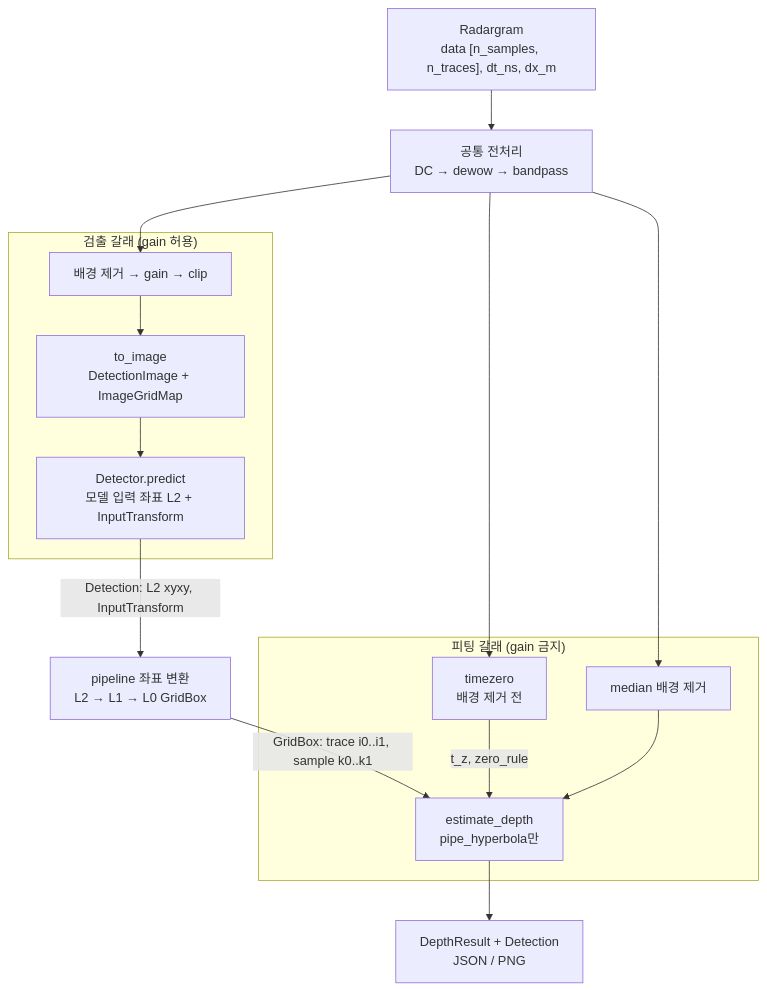
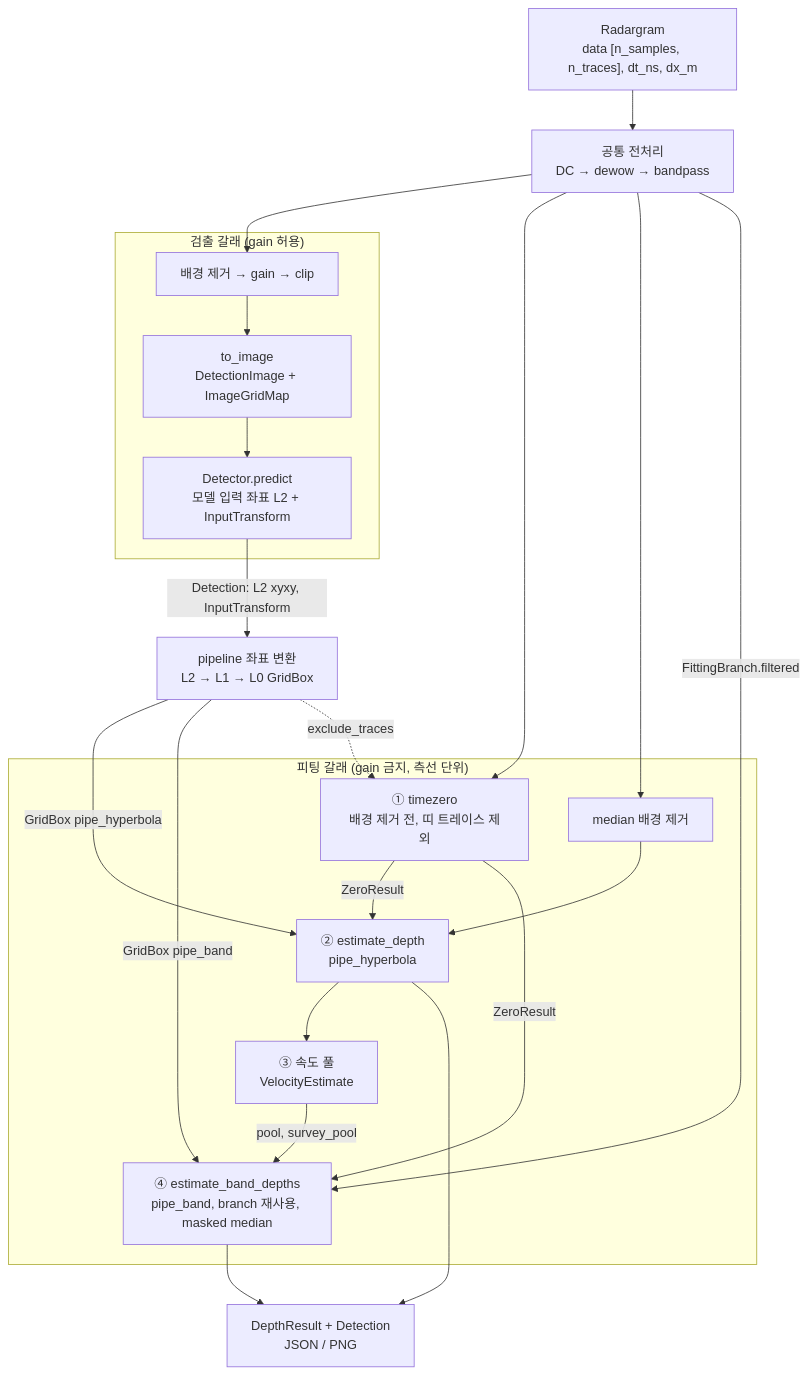
Before and after one commit to jinbeomjeong/gpr_detection: the second of 2 diagrams in docs/architecture/README.md, drawn with Mermaid. The commit also changed other lines of this file and 23 other files, not shown here.

First line of the commit message:
M2-6b pipe_band 깊이 구현(band.py·속도 풀), band 명세 v1.3·깊이 명세 v1.7, ADR-002·004 개정

````diff
--- a/docs/architecture/README.md
+++ b/docs/architecture/README.md
@@ -133,26 +133,35 @@
 ```mermaid
 flowchart TB
   rg["Radargram<br/>data [n_samples, n_traces], dt_ns, dx_m"]
   common["공통 전처리<br/>DC → dewow → bandpass"]
   subgraph detBranch["검출 갈래 (gain 허용)"]
     bgD["배경 제거 → gain → clip"]
     toImg["to_image<br/>DetectionImage + ImageGridMap"]
     detector["Detector.predict<br/>모델 입력 좌표 L2 + InputTransform"]
   end
   mapBox["pipeline 좌표 변환<br/>L2 → L1 → L0 GridBox"]
-  subgraph depthBranch["피팅 갈래 (gain 금지)"]
-    tz["timezero<br/>배경 제거 전"]
+  subgraph depthBranch["피팅 갈래 (gain 금지, 측선 단위)"]
+    tz["① timezero<br/>배경 제거 전, 띠 트레이스 제외"]
     bgF["median 배경 제거"]
-    est["estimate_depth<br/>pipe_hyperbola만"]
+    est["② estimate_depth<br/>pipe_hyperbola"]
+    vPool["③ 속도 풀<br/>VelocityEstimate"]
+    bandEst["④ estimate_band_depths<br/>pipe_band, branch 재사용, masked median"]
   end
   out["DepthResult + Detection<br/>JSON / PNG"]
   rg --> common
   common --> bgD --> toImg --> detector
   detector -->|"Detection: L2 xyxy, InputTransform"| mapBox
   common --> tz
   common --> bgF
-  mapBox -->|"GridBox: trace i0..i1, sample k0..k1"| est
-  tz -->|"t_z, zero_rule"| est
+  common -->|"FittingBranch.filtered"| bandEst
+  mapBox -->|"GridBox pipe_hyperbola"| est
+  mapBox -->|"GridBox pipe_band"| bandEst
+  mapBox -.->|"exclude_traces"| tz
+  tz -->|"ZeroResult"| est
+  tz -->|"ZeroResult"| bandEst
   bgF --> est
+  est --> vPool
+  vPool -->|"pool, survey_pool"| bandEst
   est --> out
+  bandEst --> out
 ```
````
